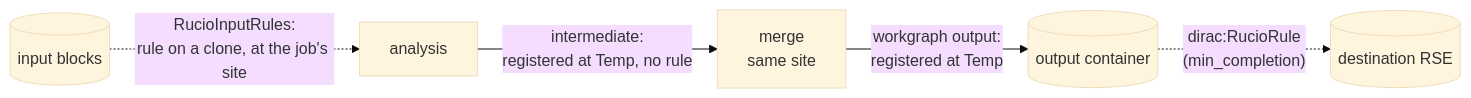
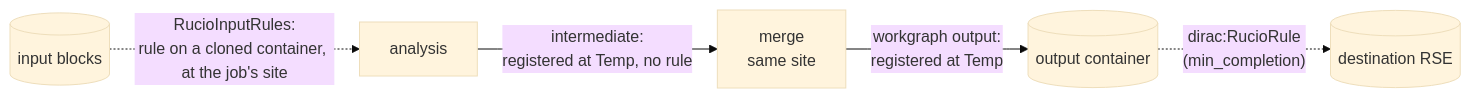
Before and after one commit to dciangot/diracx: the second of 2 diagrams in examples/crab-splitting/README.md, drawn with Mermaid (base theme). The commit also changed other lines of this file and 2 other files, not shown here.

Commit message:
Docs: input rules on cloned containers, per-dataset monitoring (README, DX-ADR-010)

````diff
--- a/examples/crab-splitting/README.md
+++ b/examples/crab-splitting/README.md
@@ -265,7 +267,7 @@
 ```mermaid
 flowchart LR
-    In[(input blocks)] -. "RucioInputRules:<br/>rule on a clone, at the job's site" .-> A[analysis]
+    In[(input blocks)] -. "RucioInputRules:<br/>rule on a cloned container, at the job's site" .-> A[analysis]
     A -- "intermediate:<br/>registered at Temp, no rule" --> M[merge<br/>same site]
     M -- "workgraph output:<br/>registered at Temp" --> C[(output container)]
     C -. "dirac:RucioRule<br/>(min_completion)" .-> D[(destination RSE)]
 ```
````
